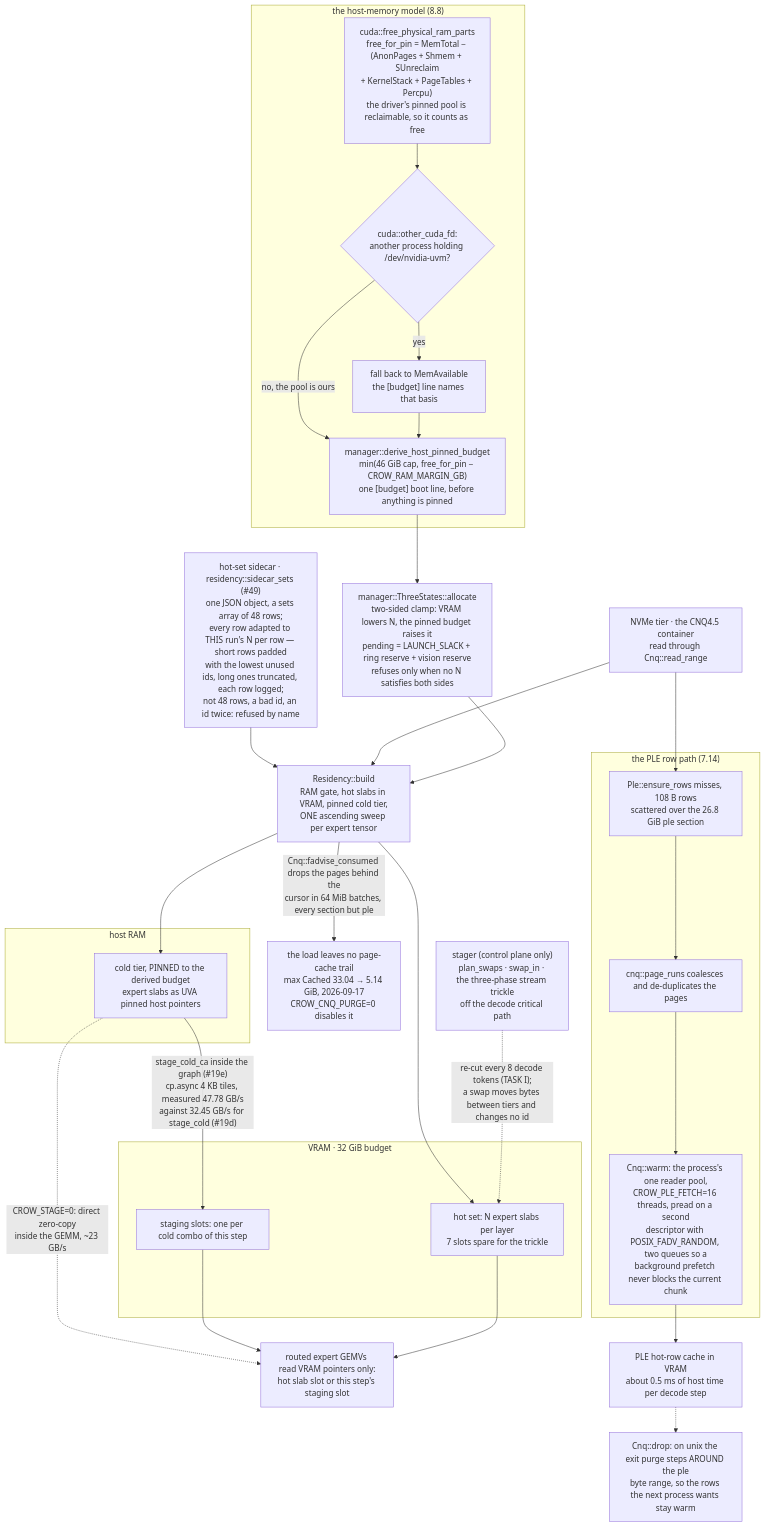
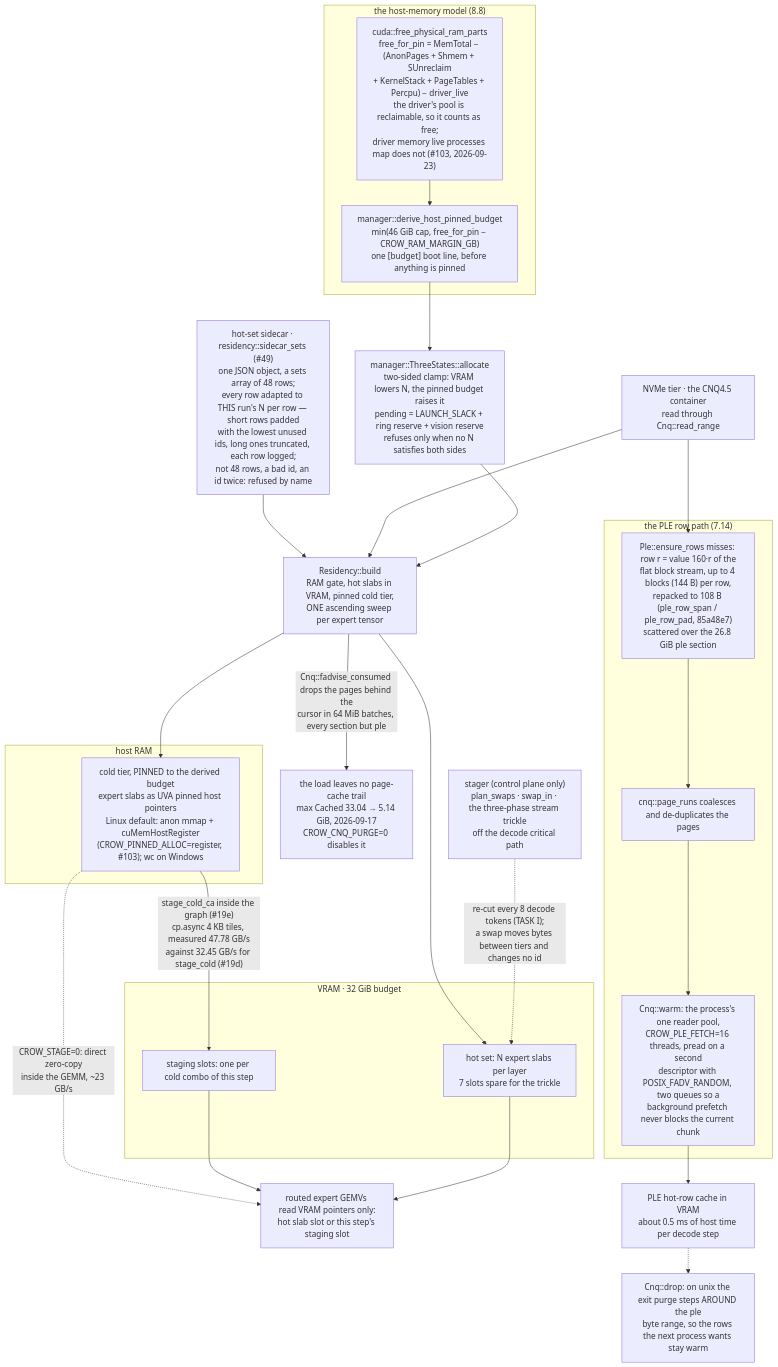
Before and after one commit to nibor1896/crow-nest: the fourth of 8 diagrams in docs/diagrams.md, drawn with Mermaid. The commit also changed other lines of this file and 12 other files, not shown here.

````diff
--- a/docs/diagrams.md
+++ b/docs/diagrams.md
@@ -123,42 +129,38 @@
 ```mermaid
 flowchart TB
     subgraph hostmem["the host-memory model (8.8)"]
-        RAM["cuda::free_physical_ram_parts\nfree_for_pin = MemTotal − (AnonPages + Shmem + SUnreclaim\n+ KernelStack + PageTables + Percpu)\nthe driver's pinned pool is reclaimable, so it counts as free"]
-        UVM{"cuda::other_cuda_fd:\nanother process holding /dev/nvidia-uvm?"}
-        FALL["fall back to MemAvailable\nthe [budget] line names that basis"]
+        RAM["cuda::free_physical_ram_parts\nfree_for_pin = MemTotal − (AnonPages + Shmem + SUnreclaim\n+ KernelStack + PageTables + Percpu) − driver_live\nthe driver's pool is reclaimable, so it counts as free;\ndriver memory live processes map does not (#103, 2026-09-23)"]
         BUD["manager::derive_host_pinned_budget\nmin(46 GiB cap, free_for_pin − CROW_RAM_MARGIN_GB)\none [budget] boot line, before anything is pinned"]
-        RAM --> UVM
-        UVM -->|"no, the pool is ours"| BUD
-        UVM -->|"yes"| FALL --> BUD
+        RAM --> BUD
     end
     BUD --> PLAN["manager::ThreeStates::allocate\ntwo-sided clamp: VRAM lowers N, the pinned budget raises it\npending = LAUNCH_SLACK + ring reserve + vision reserve\nrefuses only when no N satisfies both sides"]
     SIDE["hot-set sidecar · residency::sidecar_sets (#49)\none JSON object, a sets array of 48 rows;\nevery row adapted to THIS run's N per row — short rows padded\nwith the lowest unused ids, long ones truncated, each row logged;\nnot 48 rows, a bad id, an id twice: refused by name"] --> BUILD
     NVME["NVMe tier · the CNQ4.5 container\nread through Cnq::read_range"] --> BUILD
     PLAN --> BUILD["Residency::build\nRAM gate, hot slabs in VRAM, pinned cold tier,\nONE ascending sweep per expert tensor"]
     BUILD -->|"Cnq::fadvise_consumed drops the pages behind the\ncursor in 64 MiB batches, every section but ple"| PC["the load leaves no page-cache trail\nmax Cached 33.04 → 5.14 GiB, 2026-09-17\nCROW_CNQ_PURGE=0 disables it"]
     subgraph host["host RAM"]
-        COLD["cold tier, PINNED to the derived budget\nexpert slabs as UVA pinned host pointers"]
+        COLD["cold tier, PINNED to the derived budget\nexpert slabs as UVA pinned host pointers\nLinux default: anon mmap + cuMemHostRegister\n(CROW_PINNED_ALLOC=register, #103); wc on Windows"]
     end
     subgraph vram["VRAM · 32 GiB budget"]
         HOT["hot set: N expert slabs per layer\n7 slots spare for the trickle"]
         STAGE["staging slots: one per cold combo of this step"]
     end
     BUILD --> COLD
     BUILD --> HOT
     STAGER["stager (control plane only)\nplan_swaps · swap_in · the three-phase stream trickle\noff the decode critical path"]
     STAGER -.->|"re-cut every 8 decode tokens (TASK I);\na swap moves bytes between tiers and changes no id"| HOT
     COLD -->|"stage_cold_ca inside the graph (#19e)\ncp.async 4 KB tiles, measured 47.78 GB/s\nagainst 32.45 GB/s for stage_cold (#19d)"| STAGE
     COLD -.->|"CROW_STAGE=0: direct zero-copy\ninside the GEMM, ~23 GB/s"| GEMV
     STAGE --> GEMV["routed expert GEMVs read VRAM pointers only:\nhot slab slot or this step's staging slot"]
     HOT --> GEMV
     subgraph plerow["the PLE row path (7.14)"]
-        MISS["Ple::ensure_rows misses, 108 B rows\nscattered over the 26.8 GiB ple section"]
+        MISS["Ple::ensure_rows misses: row r = value 160·r of the\nflat block stream, up to 4 blocks (144 B) per row,\nrepacked to 108 B (ple_row_span / ple_row_pad, 85a48e7)\nscattered over the 26.8 GiB ple section"]
         RUNS["cnq::page_runs coalesces and de-duplicates the pages"]
         WARM["Cnq::warm: the process's one reader pool,\nCROW_PLE_FETCH=16 threads, pread on a second\ndescriptor with POSIX_FADV_RANDOM, two queues so a\nbackground prefetch never blocks the current chunk"]
         MISS --> RUNS --> WARM
     end
     NVME --> MISS
     WARM --> PLEC["PLE hot-row cache in VRAM\nabout 0.5 ms of host time per decode step"]
     EXITP["Cnq::drop: on unix the exit purge steps AROUND the ple\nbyte range, so the rows the next process wants stay warm"]
     PLEC -.-> EXITP
 ```
````
